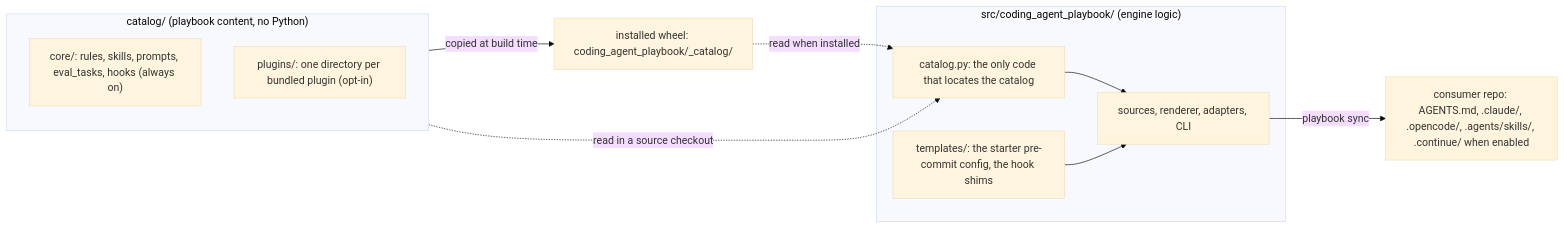
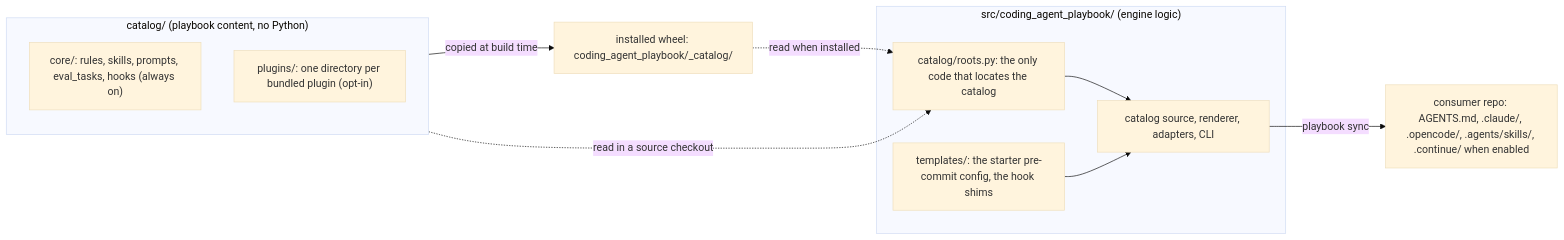
The diagram in README.md (msobroza/coding-agent-playbook), drawn with Mermaid (base theme) before and after one commit. The commit also changed 62 other files, not shown here.

````diff
--- a/README.md
+++ b/README.md
@@ -162,20 +162,20 @@
 ```mermaid
 flowchart LR
     subgraph catalog["catalog/ (playbook content, no Python)"]
         core["core/: rules, skills, prompts, eval_tasks, hooks (always on)"]
         plugins["plugins/: one directory per bundled plugin (opt-in)"]
     end
     subgraph src["src/coding_agent_playbook/ (engine logic)"]
-        resolver["catalog.py: the only code that locates the catalog"]
-        engine["sources, renderer, adapters, CLI"]
+        resolver["catalog/roots.py: the only code that locates the catalog"]
+        engine["catalog source, renderer, adapters, CLI"]
         template["templates/: the starter pre-commit config, the hook shims"]
     end
     wheel["installed wheel: coding_agent_playbook/_catalog/"]
     consumer["consumer repo: AGENTS.md, .claude/, .opencode/, .agents/skills/, .continue/ when enabled"]
     catalog -->|"copied at build time"| wheel
     catalog -.->|"read in a source checkout"| resolver
     wheel -.->|"read when installed"| resolver
     resolver --> engine
     template --> engine
     engine -->|"playbook sync"| consumer
 ```
````
